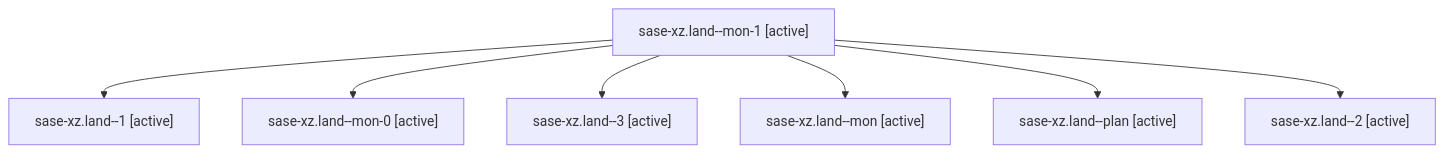
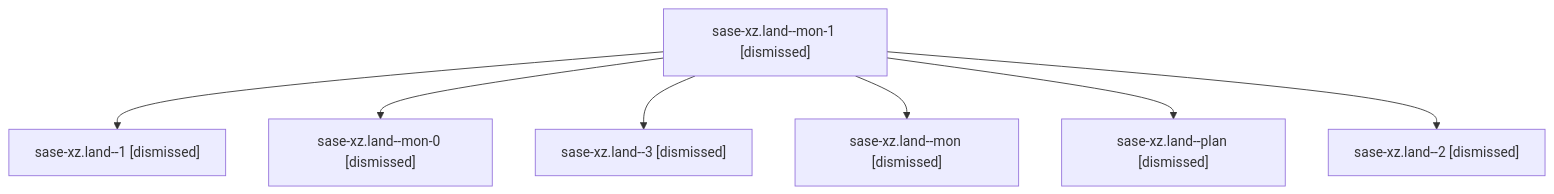
Before and after one commit to sase-org/sase--agents: the diagram in sessions/bbugyi200.athena.sase-xz.land.md, drawn with Mermaid. The commit also changed other lines of this file and 206 other files, not shown here.

````diff
--- a/sessions/bbugyi200.athena.sase-xz.land.md
+++ b/sessions/bbugyi200.athena.sase-xz.land.md
@@ -9,16 +9,16 @@
 ```mermaid
 flowchart TD
-  n0["sase-xz.land--mon-1 [active]"]
-  n1["sase-xz.land--1 [active]"]
+  n0["sase-xz.land--mon-1 [dismissed]"]
+  n1["sase-xz.land--1 [dismissed]"]
   n0 --> n1
-  n2["sase-xz.land--mon-0 [active]"]
+  n2["sase-xz.land--mon-0 [dismissed]"]
   n0 --> n2
-  n3["sase-xz.land--3 [active]"]
+  n3["sase-xz.land--3 [dismissed]"]
   n0 --> n3
-  n4["sase-xz.land--mon [active]"]
+  n4["sase-xz.land--mon [dismissed]"]
   n0 --> n4
-  n5["sase-xz.land--plan [active]"]
+  n5["sase-xz.land--plan [dismissed]"]
   n0 --> n5
-  n6["sase-xz.land--2 [active]"]
+  n6["sase-xz.land--2 [dismissed]"]
   n0 --> n6
 ```
````
